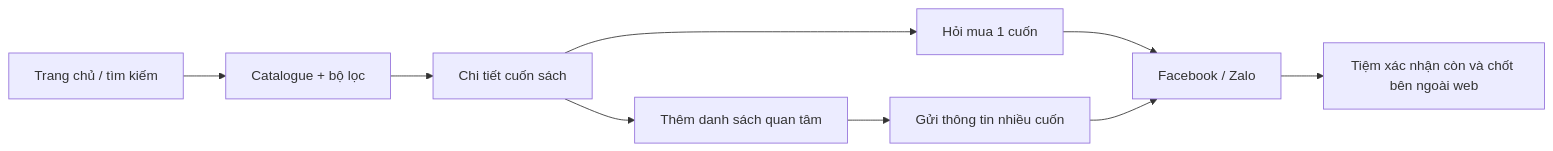
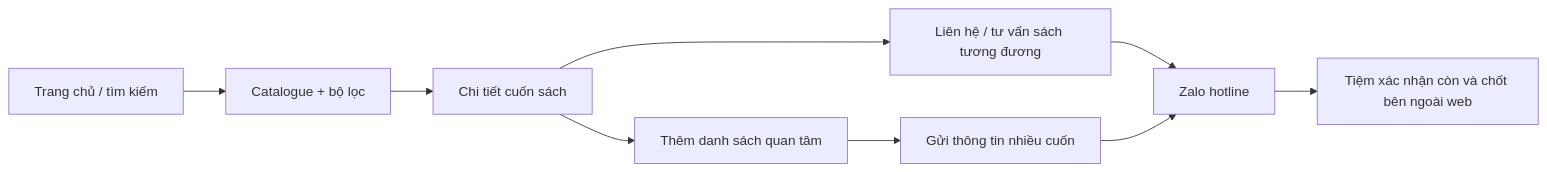
The first of 4 diagrams in docs/MASTER_PLAN.md (nanashi-vie/me-may), drawn with Mermaid before and after one commit. The commit also changed other lines of this file and 8 other files, not shown here.

````diff
--- a/docs/MASTER_PLAN.md
+++ b/docs/MASTER_PLAN.md
@@ -79,11 +83,11 @@
 ```mermaid
 flowchart LR
   A[Trang chủ / tìm kiếm] --> B[Catalogue + bộ lọc]
   B --> C[Chi tiết cuốn sách]
-  C --> D[Hỏi mua 1 cuốn]
+  C --> D[Liên hệ / tư vấn sách tương đương]
   C --> E[Thêm danh sách quan tâm]
   E --> F[Gửi thông tin nhiều cuốn]
-  D --> G[Facebook / Zalo]
+  D --> G[Zalo hotline]
   F --> G
   G --> H[Tiệm xác nhận còn và chốt bên ngoài web]
 ```
````
